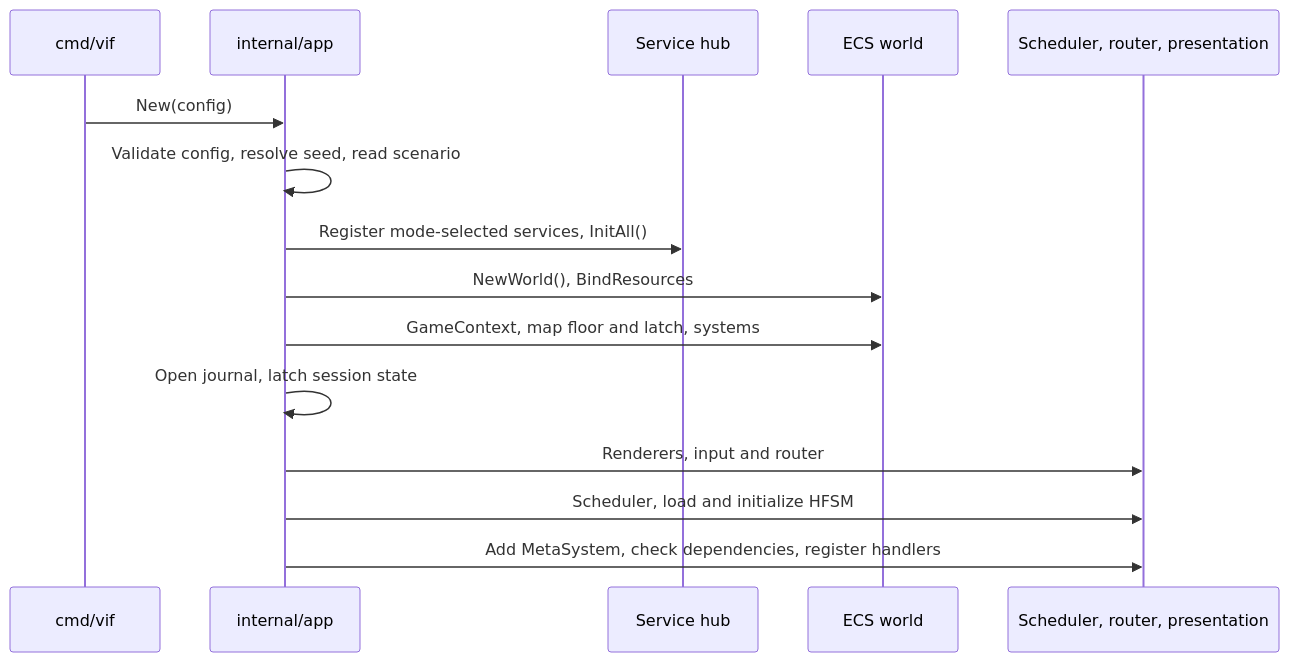
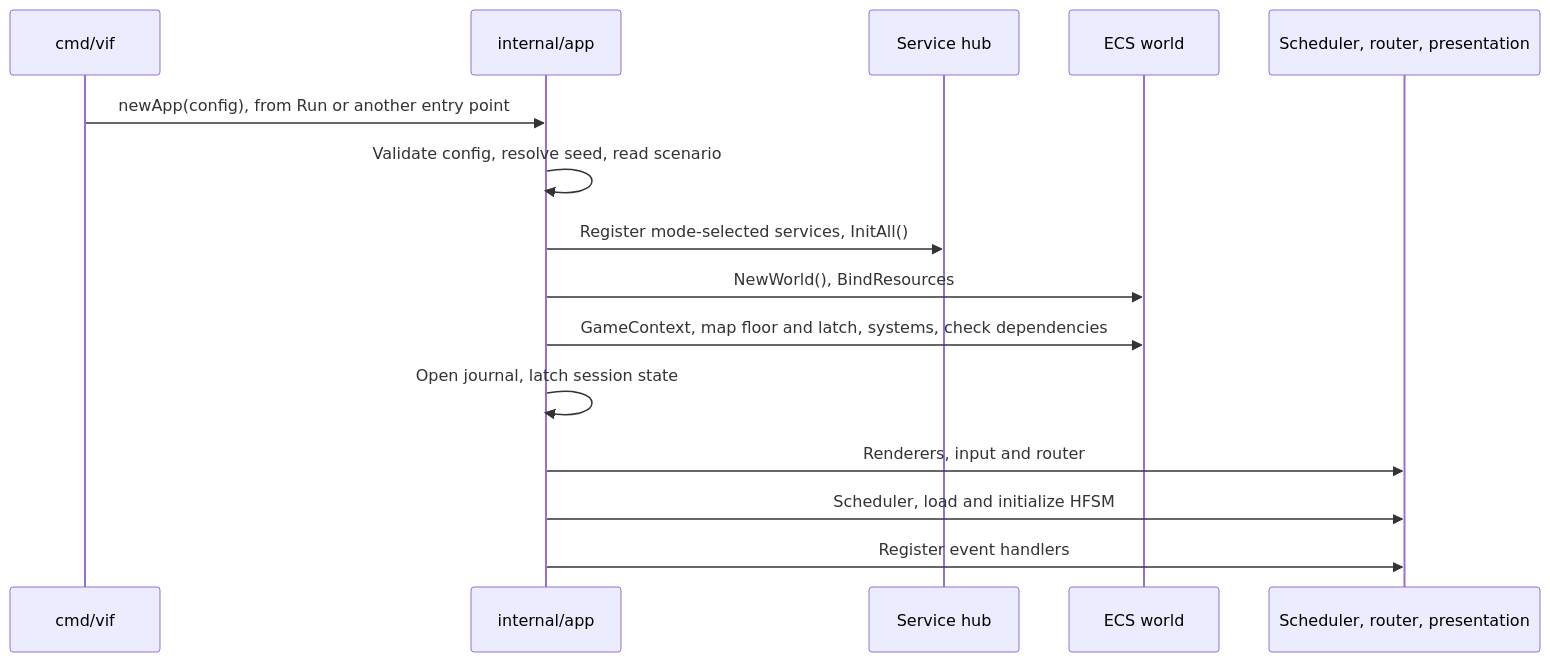
Before and after one commit to lixenwraith/vif: the first of 4 diagrams in doc/runtime.md, drawn with Mermaid. The commit also changed other lines of this file and 173 other files, not shown here.

````diff
--- a/doc/runtime.md
+++ b/doc/runtime.md
@@ -341,18 +347,18 @@
 ```mermaid
 sequenceDiagram
     participant Main as cmd/vif
     participant App as internal/app
     participant Hub as Service hub
     participant World as ECS world
     participant Runtime as Scheduler, router, presentation
 
-    Main->>App: New(config)
+    Main->>App: newApp(config), from Run or another entry point
     App->>App: Validate config, resolve seed, read scenario
     App->>Hub: Register mode-selected services, InitAll()
     App->>World: NewWorld(), BindResources
-    App->>World: GameContext, map floor and latch, systems
+    App->>World: GameContext, map floor and latch, systems, check dependencies
     App->>App: Open journal, latch session state
     App->>Runtime: Renderers, input and router
     App->>Runtime: Scheduler, load and initialize HFSM
-    App->>Runtime: Add MetaSystem, check dependencies, register handlers
+    App->>Runtime: Register event handlers
 ```
````
